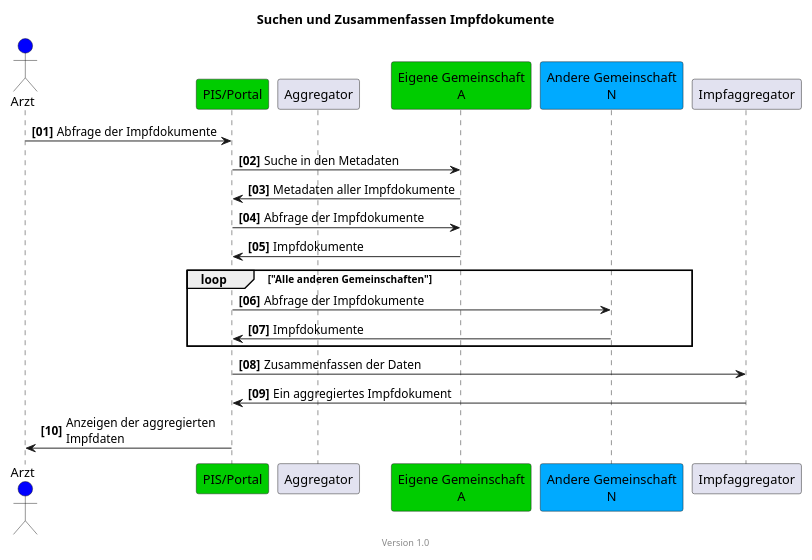
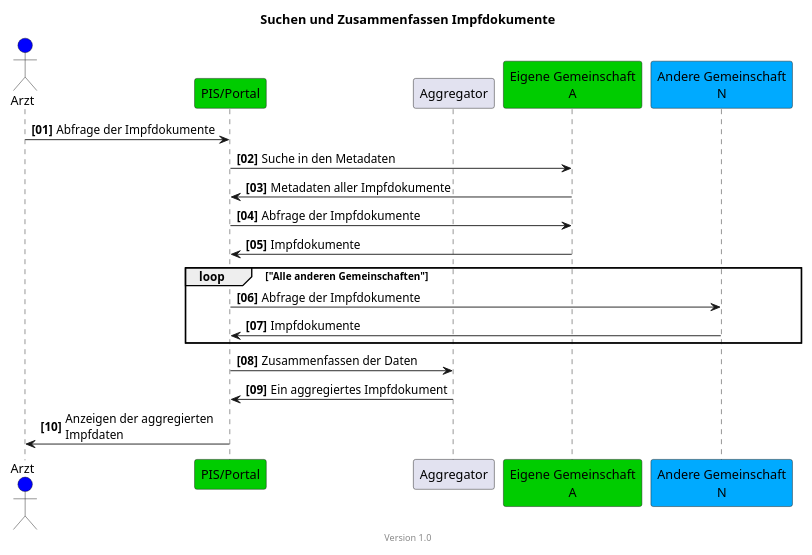
Before and after one commit to hl7ch/ch-vacd: the diagram in input/images-source/epd-find-all-vaccination-docs-simple-de.plantuml, drawn with PlantUML. The commit also changed 3 other files, not shown here.

Commit message:
fix impfaggregator and aggregator wording (#194)

```diff
--- a/input/images-source/epd-find-all-vaccination-docs-simple-de.plantuml
+++ b/input/images-source/epd-find-all-vaccination-docs-simple-de.plantuml
@@ -1,32 +1,32 @@
 @startuml
 title Suchen und Zusammenfassen Impfdokumente
 footer Version 1.0
 skinparam responseMessageBelowArrow true
 scale max 800 width
 
 actor Arzt #blue
 participant "PIS/Portal" #00CC00
 participant "Aggregator"
 
 participant "Eigene Gemeinschaft\nA" #00CC00
 
 participant "Andere Gemeinschaft\nN" #00aaff
 
 
 autonumber "<b>[00]"
 Arzt -> "PIS/Portal": Abfrage der Impfdokumente
 "PIS/Portal" -> "Eigene Gemeinschaft\nA": Suche in den Metadaten
 "Eigene Gemeinschaft\nA" -> "PIS/Portal": Metadaten aller Impfdokumente
 "PIS/Portal" -> "Eigene Gemeinschaft\nA": Abfrage der Impfdokumente
 "Eigene Gemeinschaft\nA" -> "PIS/Portal": Impfdokumente
 
 loop "Alle anderen Gemeinschaften"
 "PIS/Portal" -> "Andere Gemeinschaft\nN": Abfrage der Impfdokumente
 "Andere Gemeinschaft\nN" -> "PIS/Portal": Impfdokumente
 end
 
-"PIS/Portal" -> "Impfaggregator": Zusammenfassen der Daten
-"Impfaggregator" ->  "PIS/Portal": Ein aggregiertes Impfdokument
+"PIS/Portal" -> "Aggregator": Zusammenfassen der Daten
+"Aggregator" ->  "PIS/Portal": Ein aggregiertes Impfdokument
 "PIS/Portal" -> Arzt: Anzeigen der aggregierten\nImpfdaten
 
 @enduml
```
